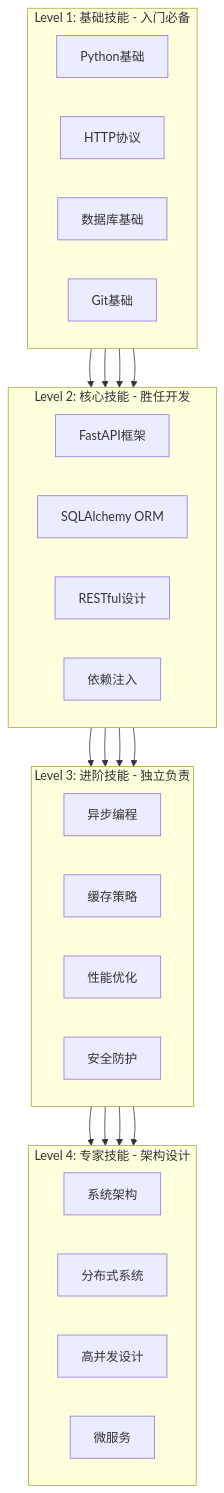
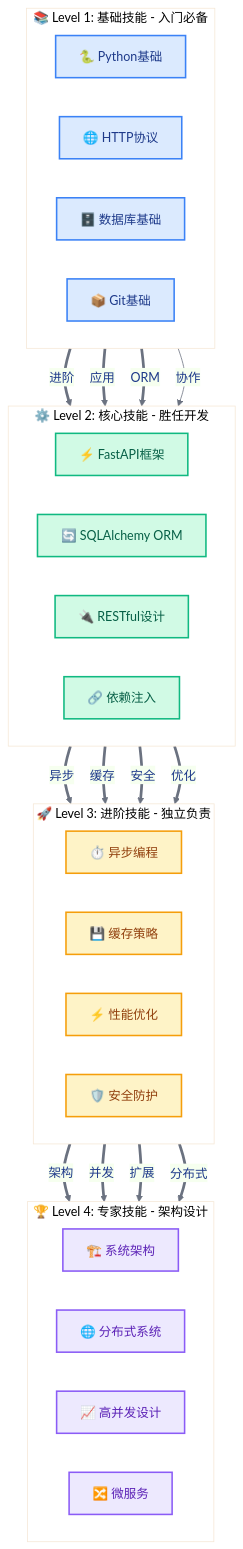
One commit to hata33/ruoyi-fastapi-full-stack changed the first of 5 diagrams in ruoyi-fastapi-backend/docs/learning/06-后端知识地图/04-技术能力矩阵.md. Above: the diagram before and after it, drawn with Mermaid. The commit also changed other lines of this file and 9 other files, not shown here.

````diff
--- a/ruoyi-fastapi-backend/docs/learning/06-后端知识地图/04-技术能力矩阵.md
+++ b/ruoyi-fastapi-backend/docs/learning/06-后端知识地图/04-技术能力矩阵.md
@@ -5,43 +5,60 @@
 ```mermaid
+%%{init: {'theme': 'base', 'themeVariables': {
+  'primaryColor': '#EFF6FF',
+  'primaryTextColor': '#1e3a8a',
+  'primaryBorderColor': '#3B82F6',
+  'lineColor': '#6B7280'
+}}}%%
 graph TB
-    subgraph L1[Level 1: 基础技能 - 入门必备]
+    subgraph L1["📚 Level 1: 基础技能 - 入门必备"]
         direction LR
-        L1_A[Python基础]
-        L1_B[HTTP协议]
-        L1_C[数据库基础]
-        L1_D[Git基础]
+        L1_A["🐍 Python基础"]
+        L1_B["🌐 HTTP协议"]
+        L1_C["🗄️ 数据库基础"]
+        L1_D["📦 Git基础"]
     end
-    subgraph L2[Level 2: 核心技能 - 胜任开发]
+    subgraph L2["⚙️ Level 2: 核心技能 - 胜任开发"]
         direction LR
-        L2_A[FastAPI框架]
-        L2_B[SQLAlchemy ORM]
-        L2_C[RESTful设计]
-        L2_D[依赖注入]
+        L2_A["⚡ FastAPI框架"]
+        L2_B["🔄 SQLAlchemy ORM"]
+        L2_C["🔌 RESTful设计"]
+        L2_D["🔗 依赖注入"]
     end
-    subgraph L3[Level 3: 进阶技能 - 独立负责]
+    subgraph L3["🚀 Level 3: 进阶技能 - 独立负责"]
         direction LR
-        L3_A[异步编程]
-        L3_B[缓存策略]
-        L3_C[性能优化]
-        L3_D[安全防护]
+        L3_A["⏱️ 异步编程"]
+        L3_B["💾 缓存策略"]
+        L3_C["⚡ 性能优化"]
+        L3_D["🛡️ 安全防护"]
     end
-    subgraph L4[Level 4: 专家技能 - 架构设计]
+    subgraph L4["🏆 Level 4: 专家技能 - 架构设计"]
         direction LR
-        L4_A[系统架构]
-        L4_B[分布式系统]
-        L4_C[高并发设计]
-        L4_D[微服务]
+        L4_A["🏗️ 系统架构"]
+        L4_B["🌐 分布式系统"]
+        L4_C["📈 高并发设计"]
+        L4_D["🔀 微服务"]
     end
-    L1_A --> L2_A
-    L1_B --> L2_C
-    L1_C --> L2_B
-    L1_D --> L2_A
-    L2_A --> L3_A
-    L2_B --> L3_B
-    L2_C --> L3_D
-    L2_D --> L3_C
-    L3_A --> L4_A
-    L3_B --> L4_C
-    L3_C --> L4_C
-    L3_D --> L4_B
+
+    L1_A ==>|进阶| L2_A
+    L1_B ==>|应用| L2_C
+    L1_C ==>|ORM| L2_B
+    L1_D -->|协作| L2_A
+    L2_A ==>|异步| L3_A
+    L2_B ==>|缓存| L3_B
+    L2_C ==>|安全| L3_D
+    L2_D ==>|优化| L3_C
+    L3_A ==>|架构| L4_A
+    L3_B ==>|并发| L4_C
+    L3_C ==>|扩展| L4_C
+    L3_D ==>|分布式| L4_B
+
+    classDef level1 fill:#DBEAFE,stroke:#3B82F6,stroke-width:2px,color:#1e3a8a
+    classDef level2 fill:#D1FAE5,stroke:#10B981,stroke-width:2px,color:#065f46
+    classDef level3 fill:#FEF3C7,stroke:#F59E0B,stroke-width:2px,color:#92400e
+    classDef level4 fill:#EDE9FE,stroke:#8B5CF6,stroke-width:2px,color:#5b21b6
+
+    class L1_A,L1_B,L1_C,L1_D level1
+    class L2_A,L2_B,L2_C,L2_D level2
+    class L3_A,L3_B,L3_C,L3_D level3
+    class L4_A,L4_B,L4_C,L4_D level4
 ```
````
